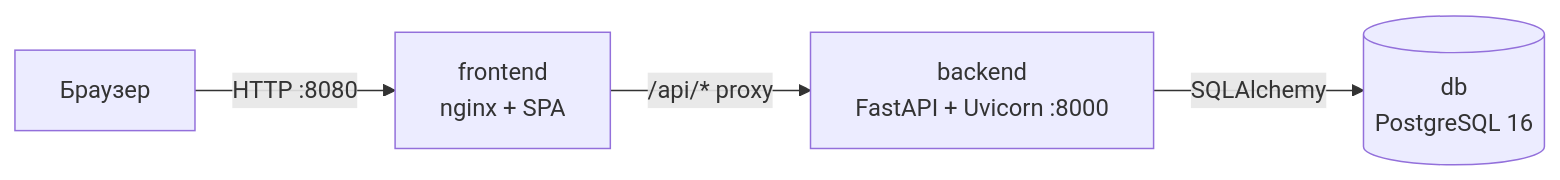
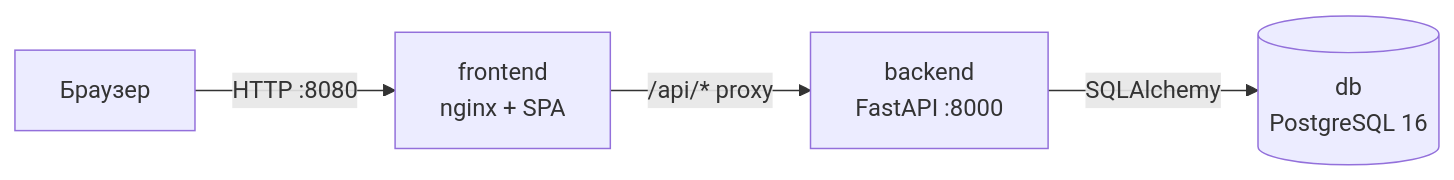
The third of 3 diagrams in docs/PROJECT.md (rustamizmajlov/lepsinsk-honey), drawn with Mermaid before and after one commit. The commit also changed other lines of this file and 22 other files, not shown here.

````diff
--- a/docs/PROJECT.md
+++ b/docs/PROJECT.md
@@ -140,6 +153,6 @@
 ```mermaid
 flowchart LR
     B[Браузер] -->|HTTP :8080| F[frontend<br/>nginx + SPA]
-    F -->|/api/* proxy| A[backend<br/>FastAPI + Uvicorn :8000]
+    F -->|/api/* proxy| A[backend<br/>FastAPI :8000]
     A -->|SQLAlchemy| D[(db<br/>PostgreSQL 16)]
 ```
````
